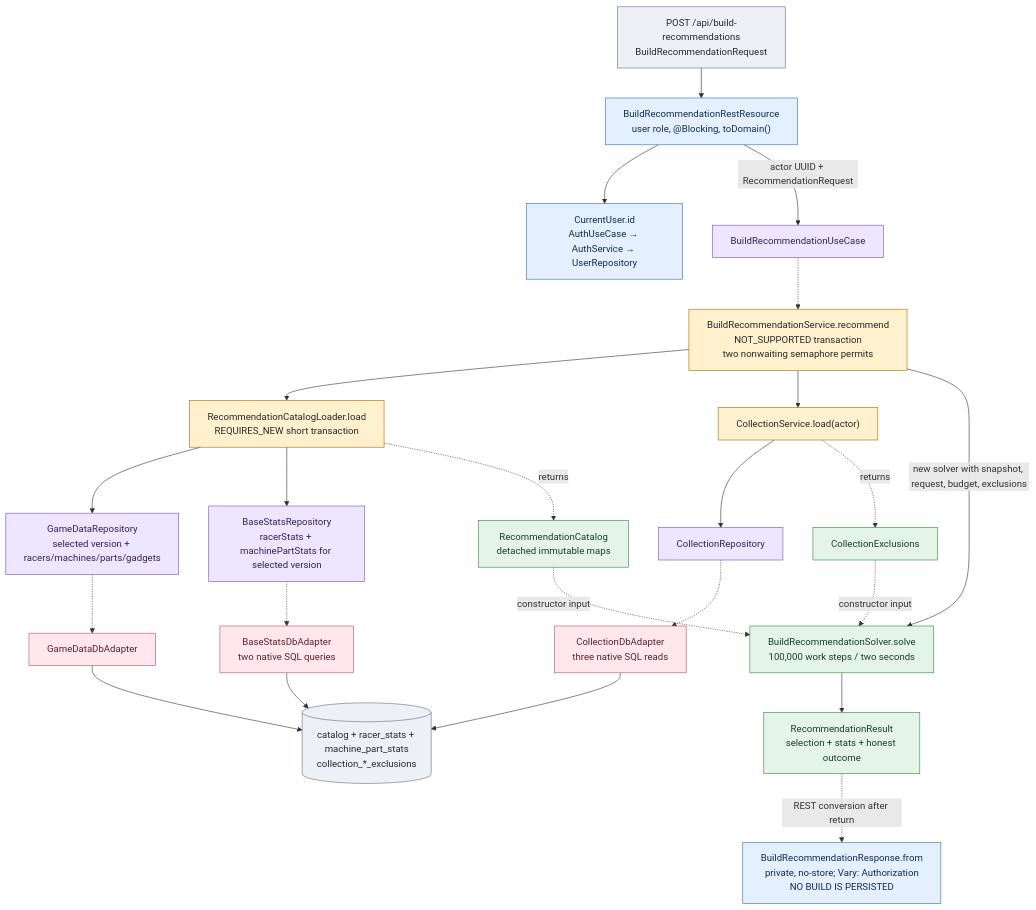
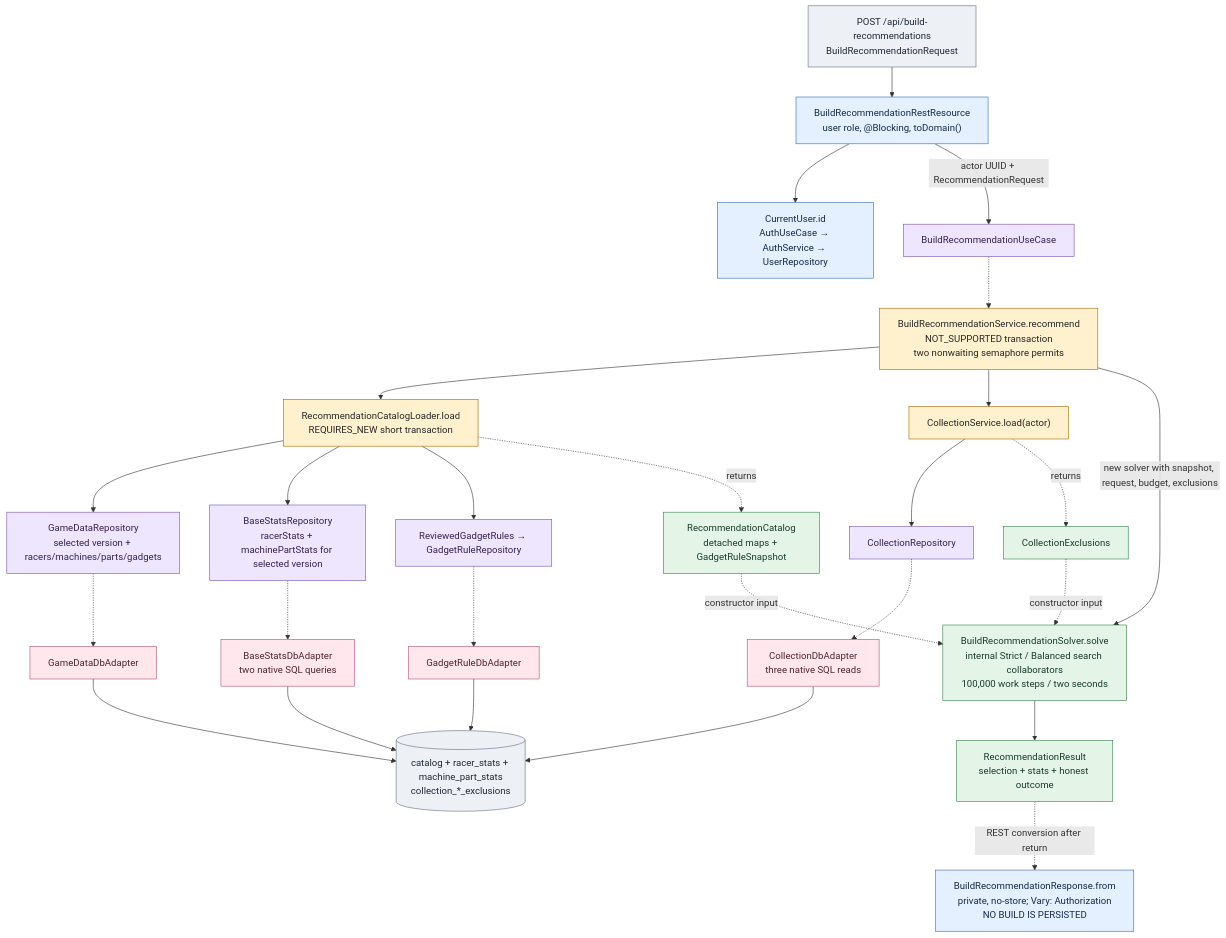
One commit to alexungu04genoff/RingLab changed the tenth of 31 diagrams in docs/architecture-atlas.md. Above: the diagram before and after it, drawn with Mermaid. The commit also changed other lines of this file and 66 other files, not shown here.

Commit message:
feat(game-data): externalize versioned gadget rule facts

````diff
--- a/docs/architecture-atlas.md
+++ b/docs/architecture-atlas.md
@@ -549,47 +559,49 @@
 ```mermaid
 flowchart TB
   h["POST /api/build-recommendations<br/>BuildRecommendationRequest"]:::outside
   r["BuildRecommendationRestResource<br/>user role, @Blocking, toDomain()"]:::rest
   actor["CurrentUser.id<br/>AuthUseCase → AuthService → UserRepository"]:::rest
   s["BuildRecommendationService.recommend<br/>NOT_SUPPORTED transaction<br/>two nonwaiting semaphore permits"]:::app
   loader["RecommendationCatalogLoader.load<br/>REQUIRES_NEW short transaction"]:::app
   col["CollectionService.load(actor)"]:::app
   gp["GameDataRepository<br/>selected version + racers/machines/parts/gadgets"]:::port
   sp["BaseStatsRepository<br/>racerStats + machinePartStats for selected version"]:::port
   cp["CollectionRepository"]:::port
   ga["GameDataDbAdapter"]:::adapter
   sa["BaseStatsDbAdapter<br/>two native SQL queries"]:::adapter
   ca["CollectionDbAdapter<br/>three native SQL reads"]:::adapter
   db[("catalog + racer_stats + machine_part_stats<br/>collection_*_exclusions")]:::outside
-  cat["RecommendationCatalog<br/>detached immutable maps"]:::domain
+  cat["RecommendationCatalog<br/>detached maps + GadgetRuleSnapshot"]:::domain
   exc["CollectionExclusions"]:::domain
-  solver["BuildRecommendationSolver.solve<br/>100,000 work steps / two seconds"]:::domain
+  solver["BuildRecommendationSolver.solve<br/>internal Strict / Balanced search collaborators<br/>100,000 work steps / two seconds"]:::domain
   result["RecommendationResult<br/>selection + stats + honest outcome"]:::domain
   response["BuildRecommendationResponse.from<br/>private, no-store; Vary: Authorization<br/>NO BUILD IS PERSISTED"]:::rest
   h --> r
   r --> actor
   r -->|"actor UUID + RecommendationRequest"| input["BuildRecommendationUseCase"]:::port
   input -.-> s
   s --> loader
   loader --> gp
   loader --> sp
+  loader --> rules["ReviewedGadgetRules → GadgetRuleRepository"]:::port
+  rules -.-> ruleAdapter["GadgetRuleDbAdapter"]:::adapter --> db
   gp -.-> ga
   sp -.-> sa
   ga --> db
   sa --> db
   loader -.->|"returns"| cat
   s --> col --> cp
   cp -.-> ca --> db
   col -.->|"returns"| exc
   s -->|"new solver with snapshot, request, budget, exclusions"| solver
   cat -.->|"constructor input"| solver
   exc -.->|"constructor input"| solver
   solver --> result
   result -.->|"REST conversion after return"| response
   classDef rest fill:#e4efff,stroke:#356db4,color:#142b49
   classDef app fill:#fff0ce,stroke:#a96b00,color:#272727
   classDef domain fill:#e4f5e8,stroke:#37834c,color:#183d24
   classDef port fill:#eee6ff,stroke:#7954b1,color:#35214f
   classDef adapter fill:#ffe7ed,stroke:#b45370,color:#502333
   classDef outside fill:#edf0f4,stroke:#657184,color:#202938
 ```
````
